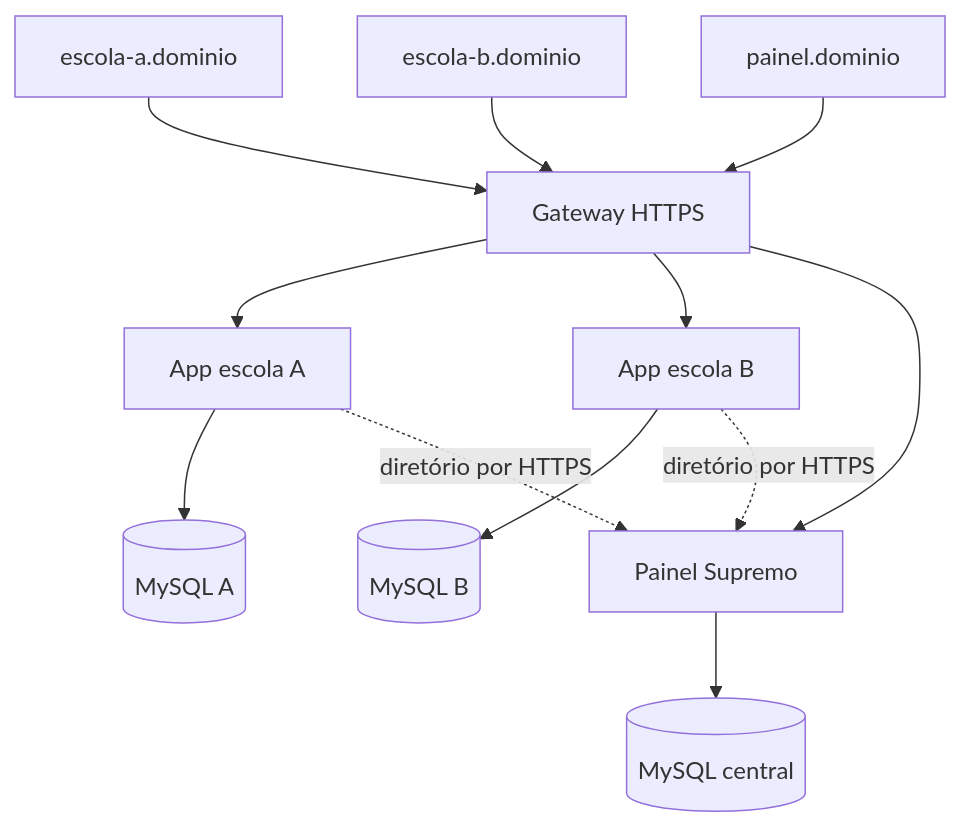
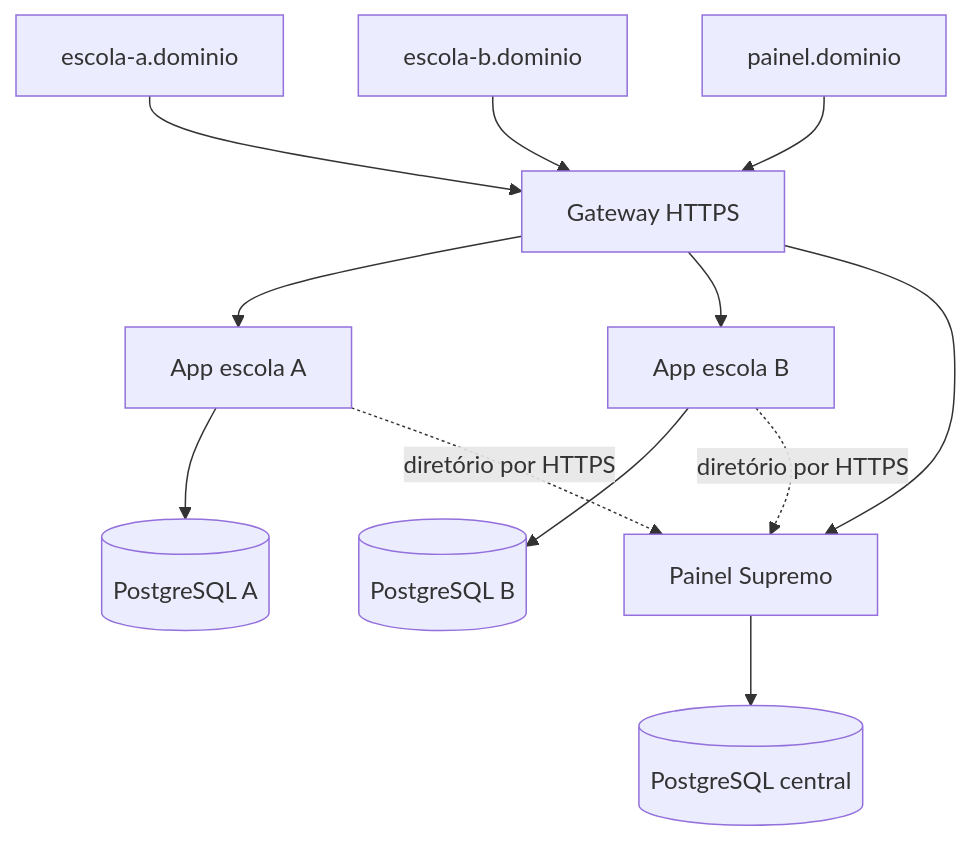
One commit to robertoqimin/edufast-2.0 changed the second of 2 diagrams in README.md. Above: the diagram before and after it, drawn with Mermaid. The commit also changed other lines of this file and 361 other files, not shown here.

````diff
--- a/README.md
+++ b/README.md
@@ -87,11 +87,11 @@
 ```mermaid
 flowchart TB
     A[escola-a.dominio] --> G[Gateway HTTPS]
     B[escola-b.dominio] --> G
     P[painel.dominio] --> G
-    G --> AA[App escola A] --> DA[(MySQL A)]
-    G --> AB[App escola B] --> DB[(MySQL B)]
-    G --> AP[Painel Supremo] --> DP[(MySQL central)]
+    G --> AA[App escola A] --> DA[(PostgreSQL A)]
+    G --> AB[App escola B] --> DB[(PostgreSQL B)]
+    G --> AP[Painel Supremo] --> DP[(PostgreSQL central)]
     AA -. diretório por HTTPS .-> AP
     AB -. diretório por HTTPS .-> AP
 ```
````
